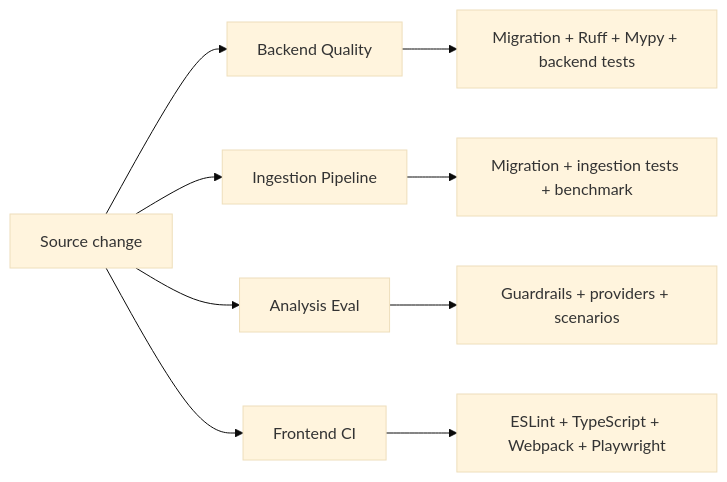
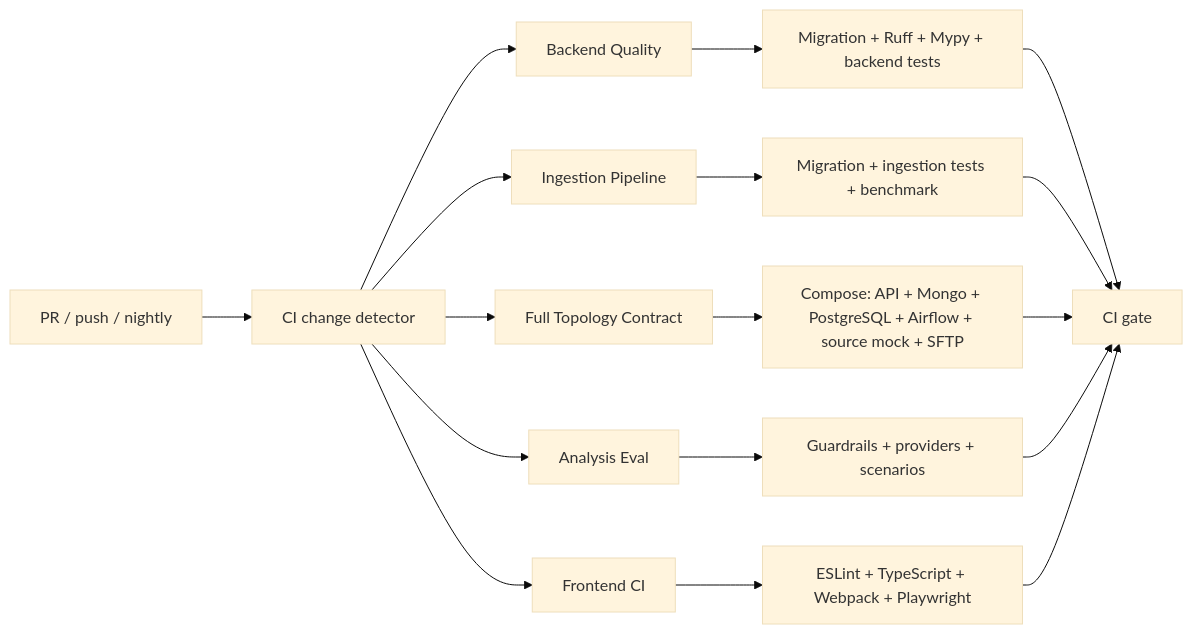
One commit to kuokdavinci/ReconciliationIngestionPlatform changed the diagram in docs/CI-MAP.md. Above: the diagram before and after it, drawn with Mermaid (base theme). The commit also changed other lines of this file and 12 other files, not shown here.

Commit message:
ci: add scoped topology contract

````diff
--- a/docs/CI-MAP.md
+++ b/docs/CI-MAP.md
@@ -9,11 +9,19 @@
 ```mermaid
 flowchart LR
-    Change[Source change] --> Backend[Backend Quality]
-    Change --> Ingestion[Ingestion Pipeline]
-    Change --> Analysis[Analysis Eval]
-    Change --> Frontend[Frontend CI]
+    Change[PR / push / nightly] --> Selector[CI change detector]
+    Selector --> Backend[Backend Quality]
+    Selector --> Ingestion[Ingestion Pipeline]
+    Selector --> Topology[Full Topology Contract]
+    Selector --> Analysis[Analysis Eval]
+    Selector --> Frontend[Frontend CI]
     Backend --> B[Migration + Ruff + Mypy + backend tests]
     Ingestion --> I[Migration + ingestion tests + benchmark]
+    Topology --> T[Compose: API + Mongo + PostgreSQL + Airflow + source mock + SFTP]
     Analysis --> A[Guardrails + providers + scenarios]
     Frontend --> F[ESLint + TypeScript + Webpack + Playwright]
+    B --> Gate[CI gate]
+    I --> Gate
+    T --> Gate
+    A --> Gate
+    F --> Gate
 ```
````
